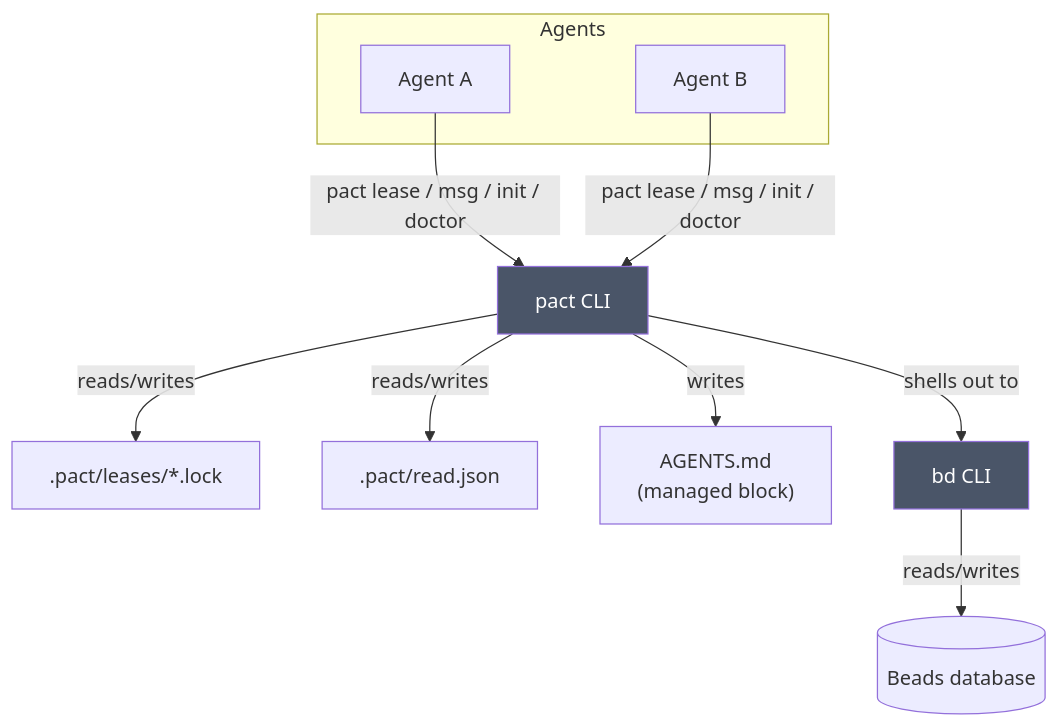
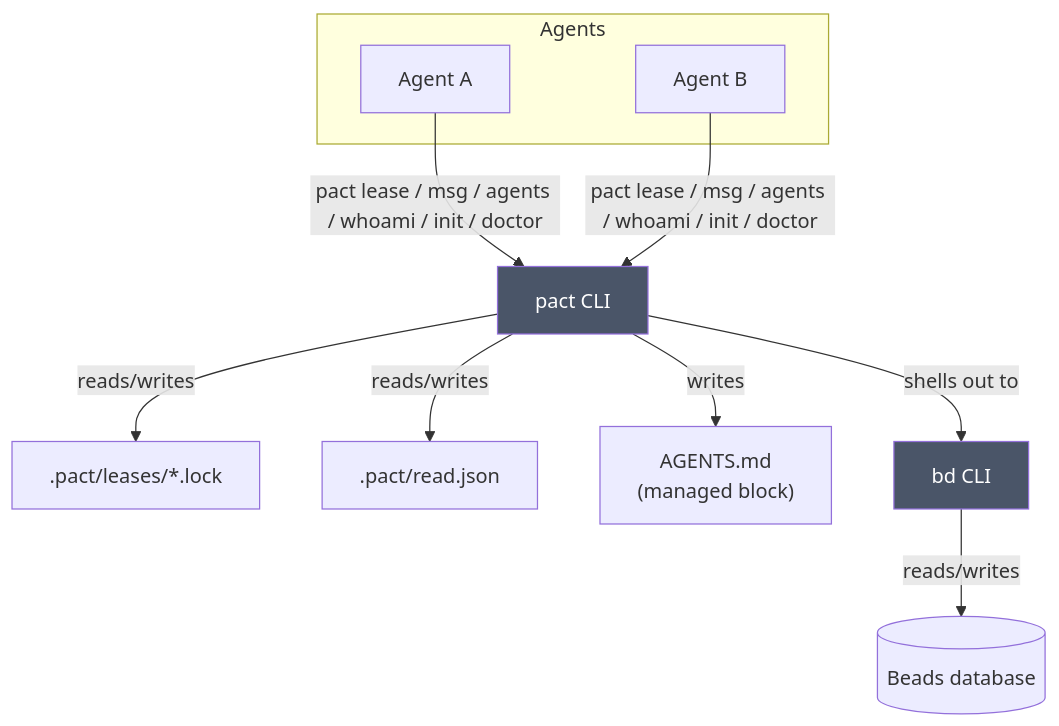
The diagram in docs/architecture.md (chussenot/pact), drawn with Mermaid before and after one commit. The commit also changed other lines of this file and 11 other files, not shown here.

````diff
--- a/docs/architecture.md
+++ b/docs/architecture.md
@@ -10,20 +10,20 @@
 ```mermaid
 flowchart TB
     subgraph Agents
         A[Agent A]
         B[Agent B]
     end
 
-    A -->|pact lease / msg / init / doctor| P[pact CLI]
-    B -->|pact lease / msg / init / doctor| P
+    A -->|pact lease / msg / agents / whoami / init / doctor| P[pact CLI]
+    B -->|pact lease / msg / agents / whoami / init / doctor| P
 
     P -->|reads/writes| L[".pact/leases/*.lock"]
     P -->|reads/writes| R[".pact/read.json"]
     P -->|writes| M["AGENTS.md
     (managed block)"]
     P -->|shells out to| BD[bd CLI]
     BD -->|reads/writes| DB[(Beads database)]
 
     style P fill:#4a5568,color:#fff
     style BD fill:#4a5568,color:#fff
 ```
````
